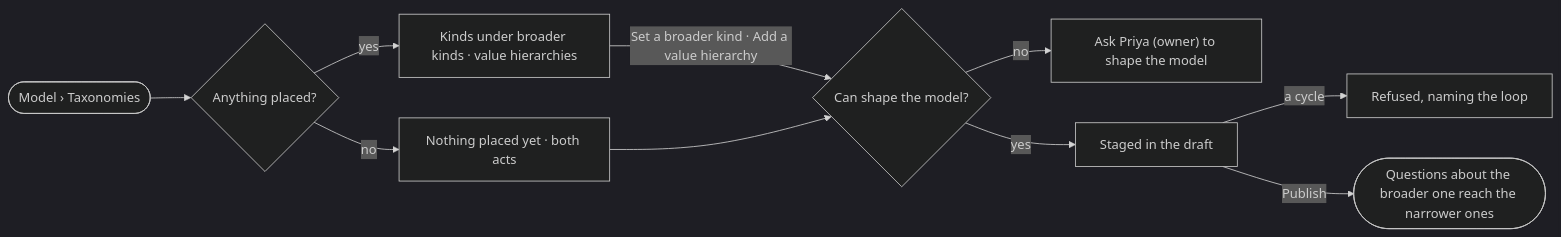
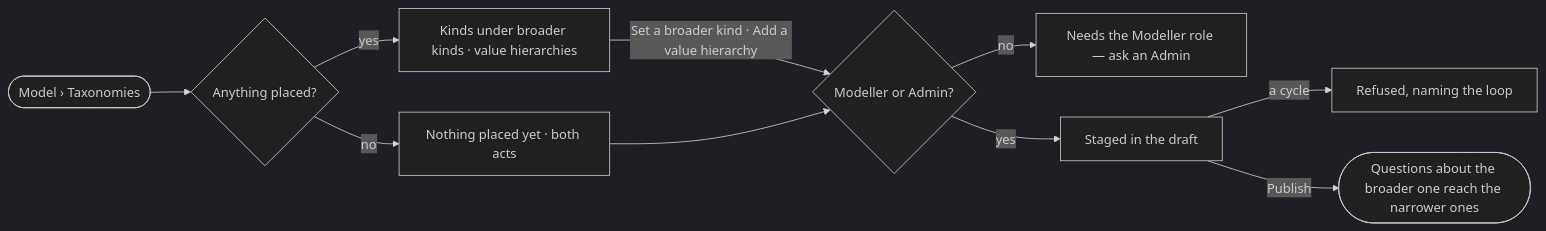
Before and after one commit to invana/invana: the diagram in specs/capabilities/semantics/features/SE-F04-taxonomies/stories/SE-21-place-kinds-and-values-under-broader-ones/story.md, drawn with Mermaid (dark theme). The commit also changed other lines of this file and 300 other files, not shown here.

````diff
--- a/specs/capabilities/semantics/features/SE-F04-taxonomies/stories/SE-21-place-kinds-and-values-under-broader-ones/story.md
+++ b/specs/capabilities/semantics/features/SE-F04-taxonomies/stories/SE-21-place-kinds-and-values-under-broader-ones/story.md
@@ -26,12 +28,12 @@
 ```mermaid
 flowchart LR
   a([Model › Taxonomies]) --> t{Anything placed?}
   t -->|no| e["Nothing placed yet · both acts"]
   t -->|yes| r["Kinds under broader kinds · value hierarchies"]
-  r -->|Set a broader kind · Add a value hierarchy| c{Can shape the model?}
+  r -->|Set a broader kind · Add a value hierarchy| c{Modeller or Admin?}
   e --> c
-  c -->|no| na["Ask Priya (owner) to shape the model"]
+  c -->|no| na["Needs the Modeller role — ask an Admin"]
   c -->|yes| s["Staged in the draft"]
   s -->|a cycle| x["Refused, naming the loop"]
   s -->|Publish| p(["Questions about the broader one reach the narrower ones"])
 ```
````
